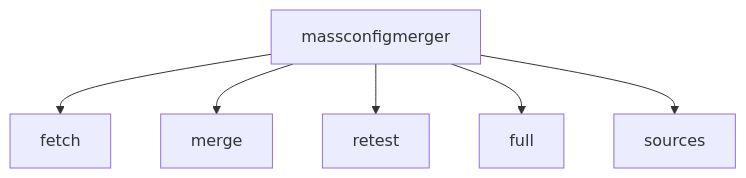
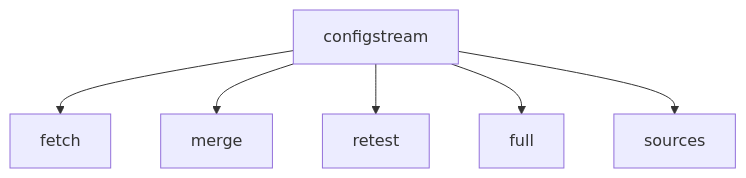
Before and after one commit to AmirrezaFarnamTaheri/MassConfigMerger: the diagram in README.md, drawn with Mermaid. The commit also changed other lines of this file and 215 other files, not shown here.

````diff
--- a/README.md
+++ b/README.md
@@ -11,8 +11,8 @@
 ```mermaid
 graph TD
-    A[massconfigmerger] --> B[fetch]
+    A[configstream] --> B[fetch]
     A --> C[merge]
     A --> D[retest]
     A --> E[full]
     A --> F[sources]
 ```
````
